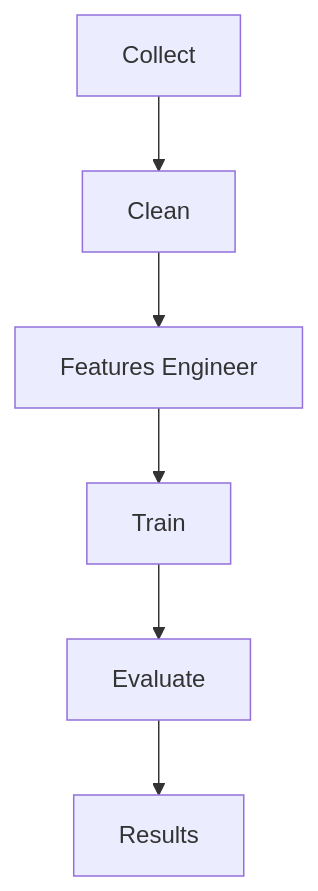
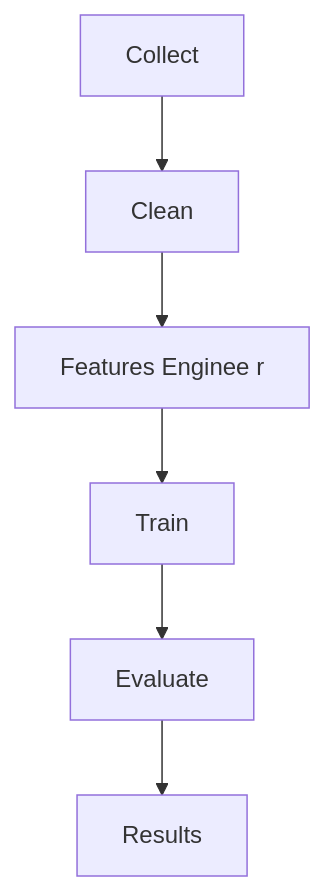
Before and after one commit to MarcoZengg/predicting-stock-direction: the diagram in README.md, drawn with Mermaid.

````diff
--- a/README.md
+++ b/README.md
@@ -105,9 +105,9 @@
 ```mermaid
 flowchart TB
   data["Collect"]
-    --> cleaning["Clean"]
-    --> features["Features Engineer"]
-    --> models["Train"]
-    --> evaluation["Evaluate"]
-    --> results["Results"]
+    --> cleaning["Clean    "]
+    --> features["Features Enginee    r"]
+    --> models["Train    "]
+    --> evaluation["Evaluate    "]
+    --> results["Results    "]
 ```
````
